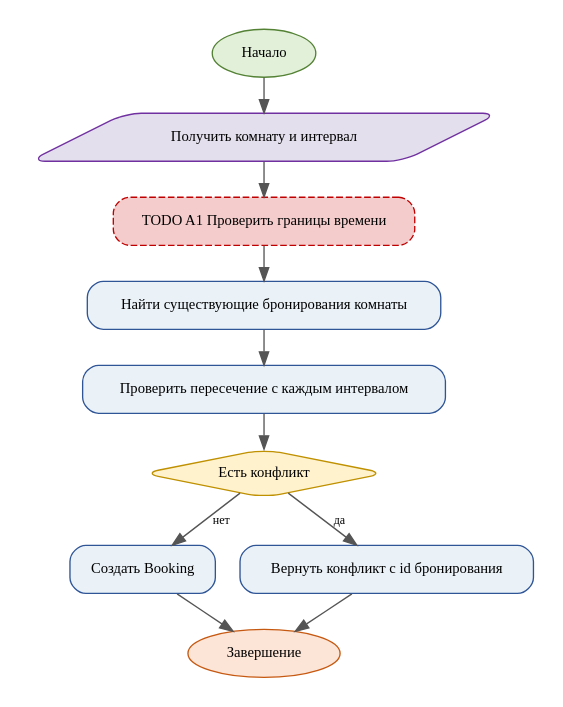
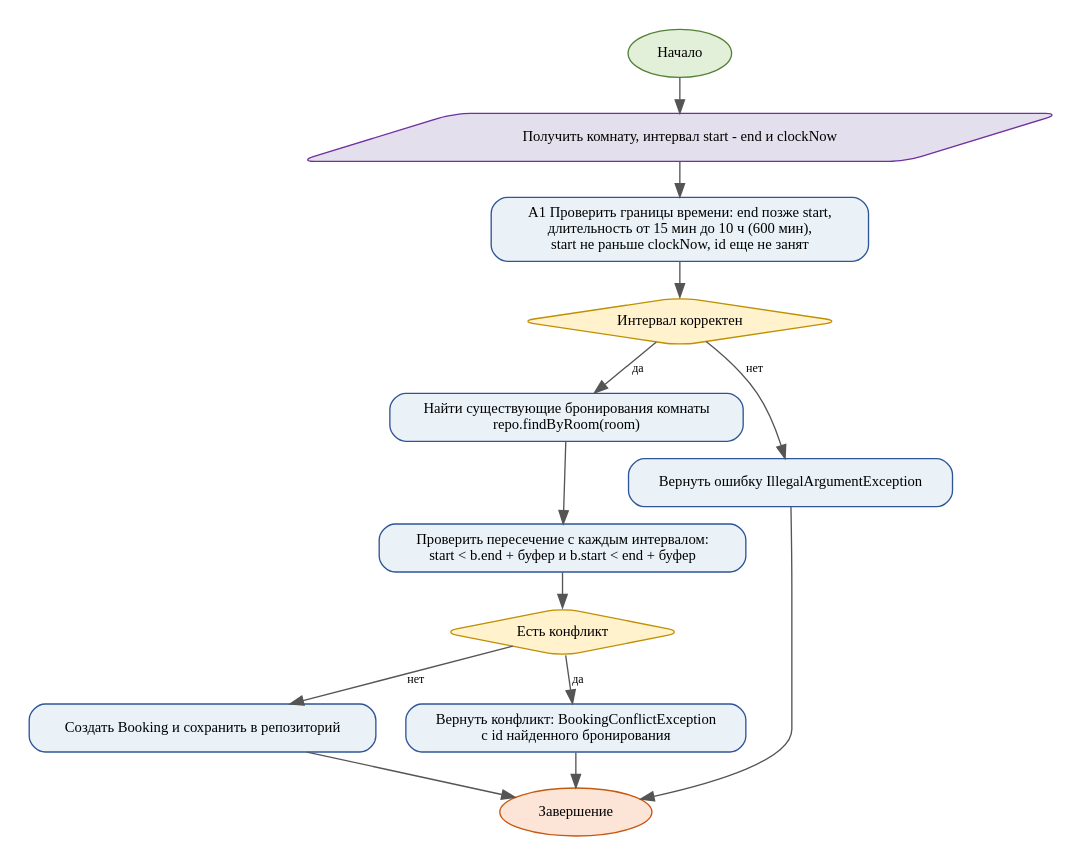
One commit to svpeditor/pr13-klimashevskiy-da changed the diagram in diagrams/activity.dot. Above: the diagram before and after it, drawn with Graphviz. The commit also changed 3 other files, not shown here.

Commit message:
Итоговые activity-диаграмма и диаграмма классов

```diff
--- a/diagrams/activity.dot
+++ b/diagrams/activity.dot
@@ -1,23 +1,28 @@
 digraph G {
-graph [rankdir=TB, bgcolor="white", pad=0.2, nodesep=0.25, ranksep=0.35];
+graph [rankdir=TB, bgcolor="white", pad=0.2, nodesep=0.3, ranksep=0.35];
 node [shape=box, style="rounded,filled", fontname="Times New Roman", fontsize=11, color="#2F5597", fillcolor="#EAF2F8", margin="0.12,0.08"];
 edge [fontname="Times New Roman", fontsize=9, color="#555555"];
 start [label="Начало", shape=oval, fillcolor="#E2F0D9", color="#548235"];
 end [label="Завершение", shape=oval, fillcolor="#FCE4D6", color="#C65911"];
-n1 [label="Получить комнату и интервал" ,shape=parallelogram,fillcolor="#E4DFEC",color="#7030A0"];
-n2 [label="TODO A1 Проверить границы времени" ,fillcolor="#F4CCCC",color="#C00000",style="rounded,dashed,filled"];
-n3 [label="Найти существующие бронирования комнаты" ];
-n4 [label="Проверить пересечение с каждым интервалом" ];
+n1 [label="Получить комнату, интервал start - end и clockNow" ,shape=parallelogram,fillcolor="#E4DFEC",color="#7030A0"];
+n2 [label="A1 Проверить границы времени: end позже start,\nдлительность от 15 мин до 10 ч (600 мин),\nstart не раньше clockNow, id еще не занят"];
+n2d [label="Интервал корректен" ,shape=diamond,fillcolor="#FFF2CC",color="#BF9000"];
+n3 [label="Найти существующие бронирования комнаты\nrepo.findByRoom(room)"];
+n4 [label="Проверить пересечение с каждым интервалом:\nstart < b.end + буфер и b.start < end + буфер"];
 n5 [label="Есть конфликт" ,shape=diamond,fillcolor="#FFF2CC",color="#BF9000"];
-n6 [label="Создать Booking" ];
-n7 [label="Вернуть конфликт с id бронирования" ];
+n6 [label="Создать Booking и сохранить в репозиторий"];
+n7 [label="Вернуть конфликт: BookingConflictException\nс id найденного бронирования"];
+n8 [label="Вернуть ошибку IllegalArgumentException"];
 start -> n1;
 n1 -> n2;
-n2 -> n3;
+n2 -> n2d;
+n2d -> n3 [label="да"];
+n2d -> n8 [label="нет"];
 n3 -> n4;
 n4 -> n5;
 n5 -> n7 [label="да"];
 n5 -> n6 [label="нет"];
 n6 -> end;
 n7 -> end;
+n8 -> end;
 }
```
